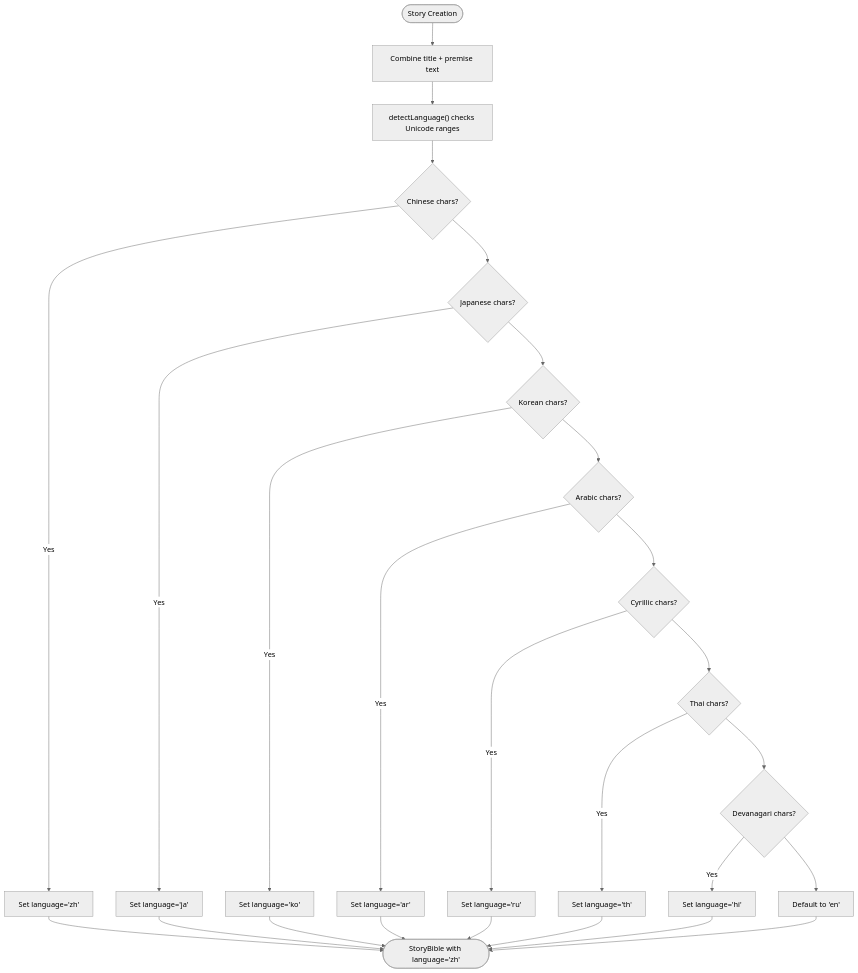
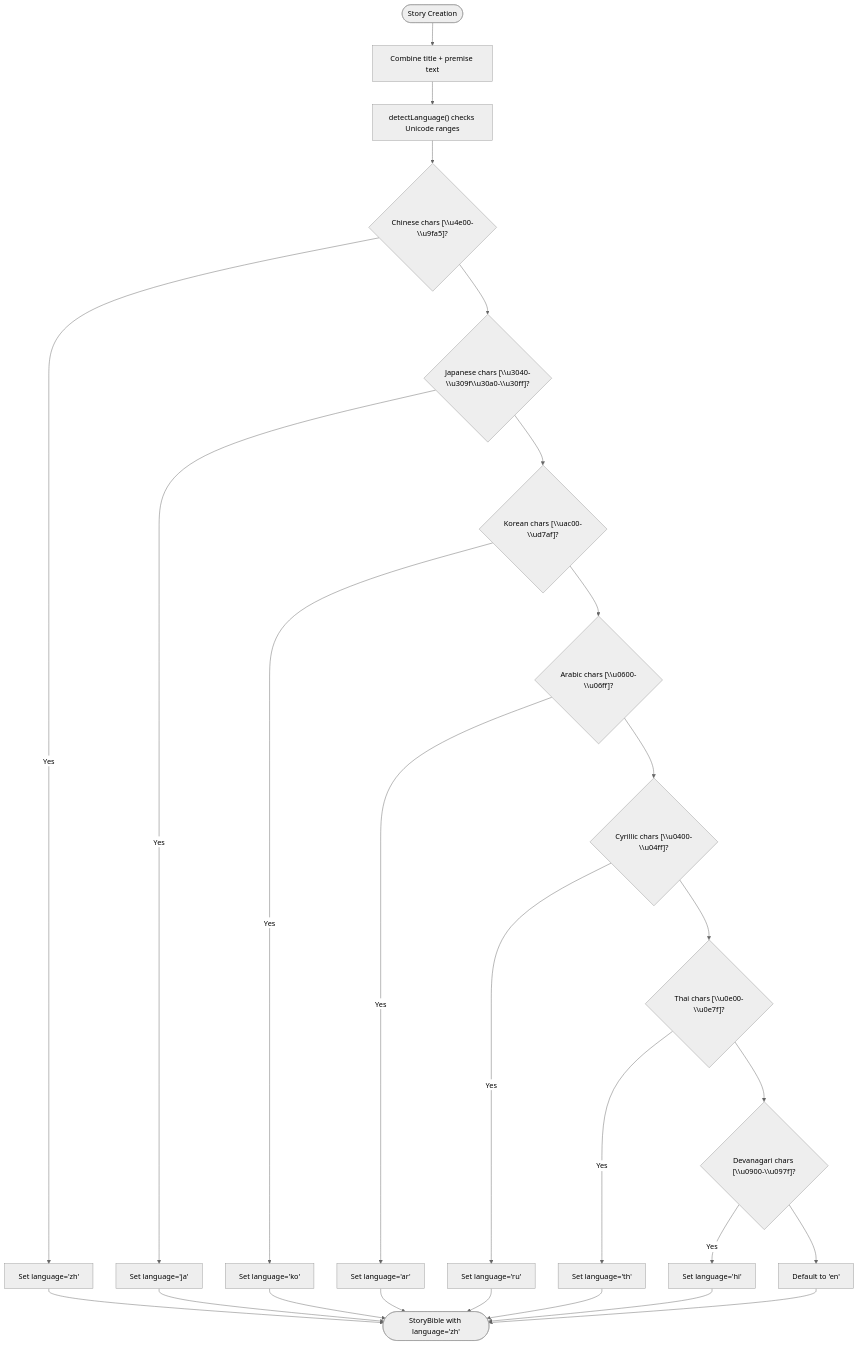
One commit to liwonder/NARRITIVE_OS changed the fourth of 15 diagrams in .qoder/repowiki/en/content/Story Management System/Story Bible Management.md. Above: the diagram before and after it, drawn with Mermaid (neutral theme). The commit also changed other lines of this file and 5 other files, not shown here.

````diff
--- a/.qoder/repowiki/en/content/Story Management System/Story Bible Management.md
+++ b/.qoder/repowiki/en/content/Story Management System/Story Bible Management.md
@@ -214,28 +231,28 @@
 ```mermaid
 flowchart TD
 Start(["Story Creation"]) --> Combine["Combine title + premise text"]
 Combine --> Detect["detectLanguage() checks Unicode ranges"]
-Detect --> Chinese{"Chinese chars?"}
+Detect --> Chinese{"Chinese chars [\\u4e00-\\u9fa5]?"}
 Chinese --> |Yes| SetZH["Set language='zh'"]
-Chinese --> Japanese{"Japanese chars?"}
+Chinese --> Japanese{"Japanese chars [\\u3040-\\u309f\\u30a0-\\u30ff]?"}
 Japanese --> |Yes| SetJA["Set language='ja'"]
-Japanese --> Korean{"Korean chars?"}
+Japanese --> Korean{"Korean chars [\\uac00-\\ud7af]?"}
 Korean --> |Yes| SetKO["Set language='ko'"]
-Korean --> Arabic{"Arabic chars?"}
+Korean --> Arabic{"Arabic chars [\\u0600-\\u06ff]?"}
 Arabic --> |Yes| SetAR["Set language='ar'"]
-Arabic --> Cyrillic{"Cyrillic chars?"}
+Arabic --> Cyrillic{"Cyrillic chars [\\u0400-\\u04ff]?"}
 Cyrillic --> |Yes| SetRU["Set language='ru'"]
-Cyrillic --> Thai{"Thai chars?"}
+Cyrillic --> Thai{"Thai chars [\\u0e00-\\u0e7f]?"}
 Thai --> |Yes| SetTH["Set language='th'"]
-Thai --> Devanagari{"Devanagari chars?"}
+Thai --> Devanagari{"Devanagari chars [\\u0900-\\u097f]?"}
 Devanagari --> |Yes| SetHI["Set language='hi'"]
 Devanagari --> Default["Default to 'en'"]
 SetZH --> End(["StoryBible with language='zh'"])
 SetJA --> End
 SetKO --> End
 SetAR --> End
 SetRU --> End
 SetTH --> End
 SetHI --> End
 Default --> End
 ```
````
